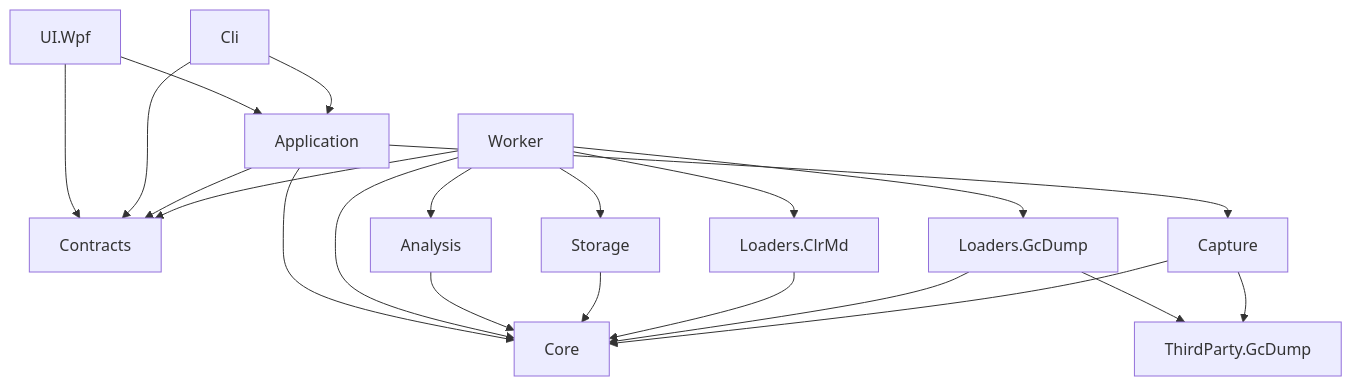
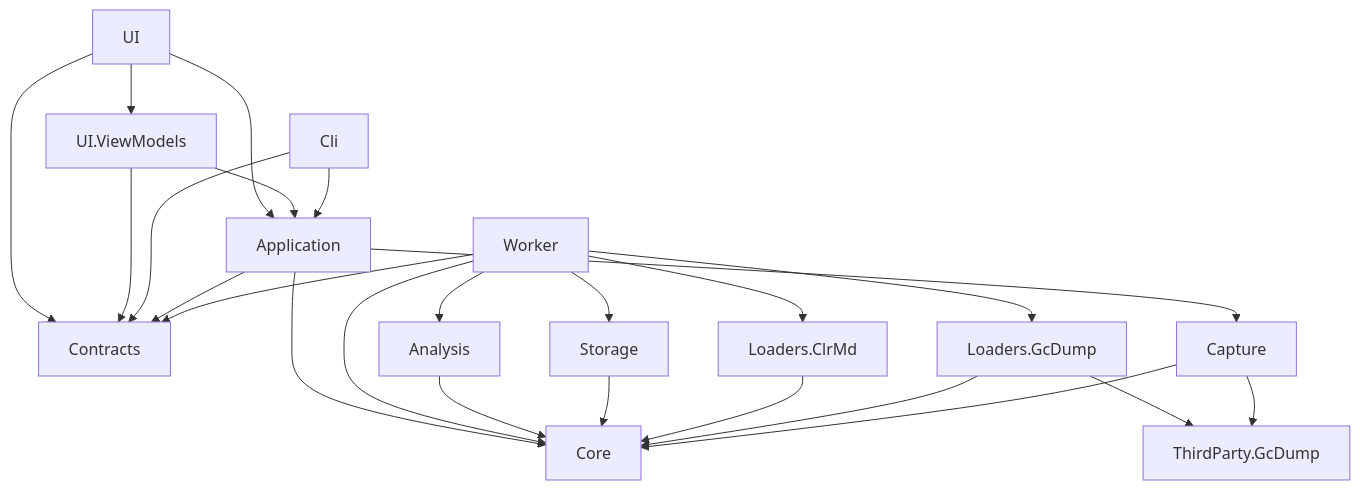
The second of 2 diagrams in docs/ARCHITECTURE.md (rklundt/HeapScope), drawn with Mermaid before and after one commit. The commit also changed other lines of this file and 75 other files, not shown here.

````diff
--- a/docs/ARCHITECTURE.md
+++ b/docs/ARCHITECTURE.md
@@ -317,23 +329,26 @@
 ```mermaid
 flowchart TD
-    UI[UI.Wpf] --> App[Application]
+    UI[UI] --> VM[UI.ViewModels]
+    UI --> App[Application]
     UI --> Con[Contracts]
+    VM --> App
+    VM --> Con
     Cli[Cli] --> App
     Cli --> Con
     App --> Con
     App --> Cap[Capture]
     App --> Core
     Wk[Worker] --> Con
     Wk --> Ana[Analysis]
     Wk --> Sto[Storage]
     Wk --> LC[Loaders.ClrMd]
     Wk --> LG[Loaders.GcDump]
     LG --> TP[ThirdParty.GcDump]
     Cap --> TP
     Wk --> Core
     Ana --> Core
     Sto --> Core
     LC --> Core
     LG --> Core
     Cap --> Core
 ```
````
